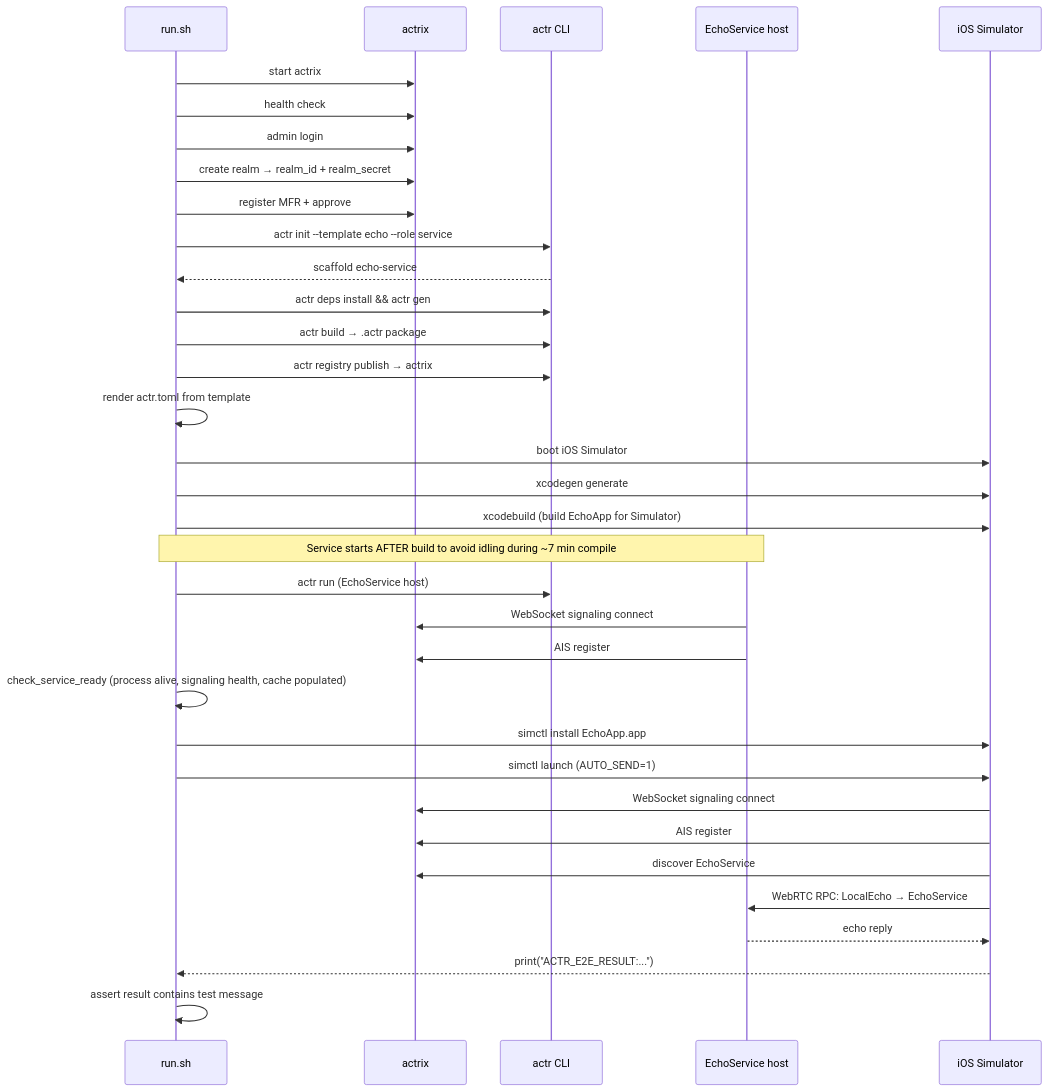
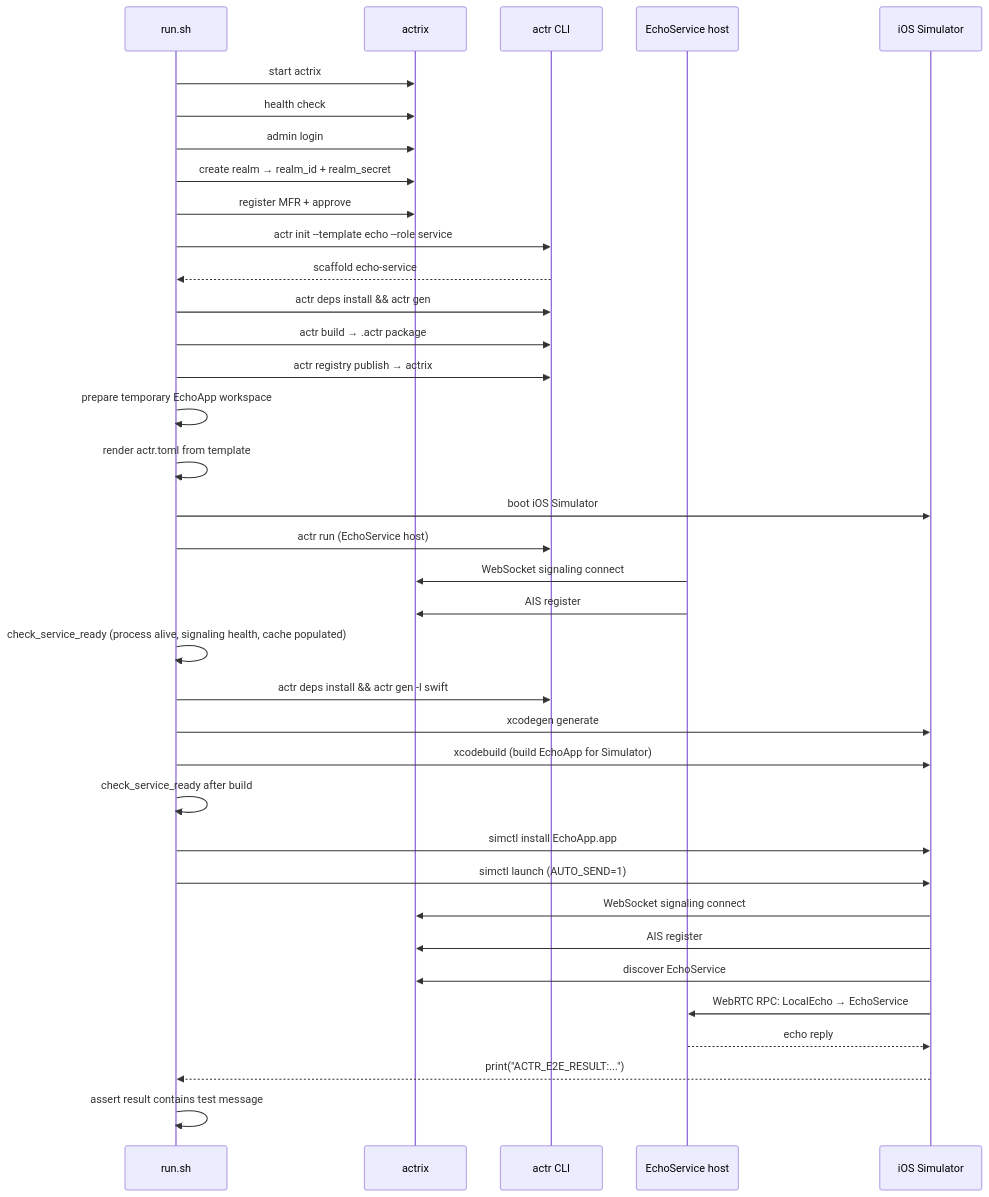
Before and after one commit to Actrium/actr: the second of 2 diagrams in e2e/swift-echo-app/README.md, drawn with Mermaid. The commit also changed other lines of this file and 9 other files, not shown here.

````diff
--- a/e2e/swift-echo-app/README.md
+++ b/e2e/swift-echo-app/README.md
@@ -36,43 +36,44 @@
 ```mermaid
 sequenceDiagram
     participant CI as run.sh
     participant AX as actrix
     participant CLI as actr CLI
     participant ES as EchoService host
     participant SIM as iOS Simulator
 
     CI->>AX: start actrix
     CI->>AX: health check
     CI->>AX: admin login
     CI->>AX: create realm → realm_id + realm_secret
     CI->>AX: register MFR + approve
 
     CI->>CLI: actr init --template echo --role service
     CLI-->>CI: scaffold echo-service
     CI->>CLI: actr deps install && actr gen
     CI->>CLI: actr build → .actr package
     CI->>CLI: actr registry publish → actrix
 
+    CI->>CI: prepare temporary EchoApp workspace
     CI->>CI: render actr.toml from template
     CI->>SIM: boot iOS Simulator
-    CI->>SIM: xcodegen generate
-    CI->>SIM: xcodebuild (build EchoApp for Simulator)
-
-    Note over CI,ES: Service starts AFTER build to avoid idling during ~7 min compile
 
     CI->>CLI: actr run (EchoService host)
     ES->>AX: WebSocket signaling connect
     ES->>AX: AIS register
     CI->>CI: check_service_ready (process alive, signaling health, cache populated)
+    CI->>CLI: actr deps install && actr gen -l swift
+    CI->>SIM: xcodegen generate
+    CI->>SIM: xcodebuild (build EchoApp for Simulator)
+    CI->>CI: check_service_ready after build
 
     CI->>SIM: simctl install EchoApp.app
     CI->>SIM: simctl launch (AUTO_SEND=1)
 
     SIM->>AX: WebSocket signaling connect
     SIM->>AX: AIS register
     SIM->>AX: discover EchoService
     SIM->>ES: WebRTC RPC: LocalEcho → EchoService
     ES-->>SIM: echo reply
     SIM-->>CI: print("ACTR_E2E_RESULT:...")
     CI->>CI: assert result contains test message
 ```
````
